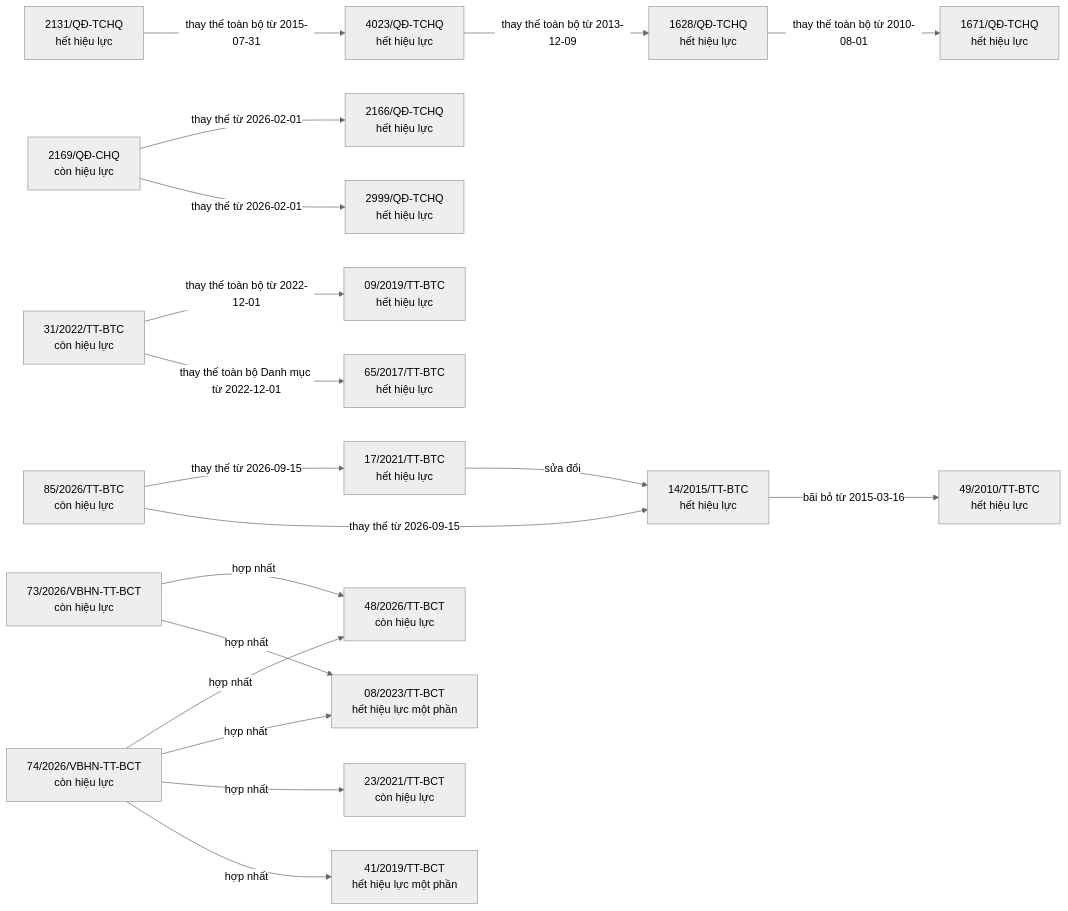
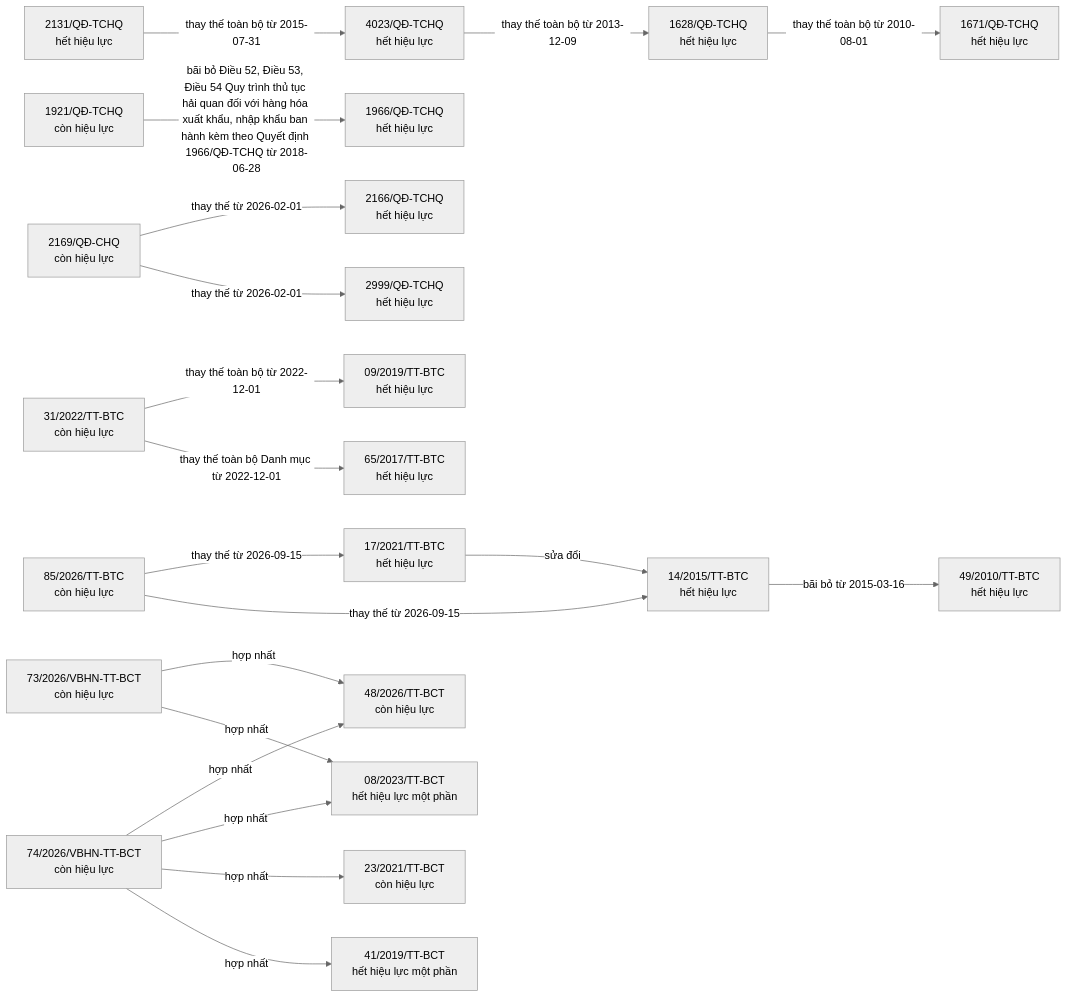
The fourth of 9 diagrams in bao-cao/quan-he.md (ozvietnam/oz-wiki-plhq), drawn with Mermaid (neutral theme) before and after one commit. The commit also changed other lines of this file and 5 other files, not shown here.

````diff
--- a/bao-cao/quan-he.md
+++ b/bao-cao/quan-he.md
@@ -431,40 +428,43 @@
 ```mermaid
 flowchart LR
   n_14_2015_TT_BTC["14/2015/TT-BTC<br/>hết hiệu lực"]
   n_49_2010_TT_BTC["49/2010/TT-BTC<br/>hết hiệu lực"]
   n_1628_Q__TCHQ["1628/QĐ-TCHQ<br/>hết hiệu lực"]
   n_1671_Q__TCHQ["1671/QĐ-TCHQ<br/>hết hiệu lực"]
   n_17_2021_TT_BTC["17/2021/TT-BTC<br/>hết hiệu lực"]
+  n_1921_Q__TCHQ["1921/QĐ-TCHQ<br/>còn hiệu lực"]
+  n_1966_Q__TCHQ["1966/QĐ-TCHQ<br/>hết hiệu lực"]
   n_2131_Q__TCHQ["2131/QĐ-TCHQ<br/>hết hiệu lực"]
   n_4023_Q__TCHQ["4023/QĐ-TCHQ<br/>hết hiệu lực"]
   n_2169_Q__CHQ["2169/QĐ-CHQ<br/>còn hiệu lực"]
   n_2999_Q__TCHQ["2999/QĐ-TCHQ<br/>hết hiệu lực"]
   n_2166_Q__TCHQ["2166/QĐ-TCHQ<br/>hết hiệu lực"]
   n_31_2022_TT_BTC["31/2022/TT-BTC<br/>còn hiệu lực"]
   n_65_2017_TT_BTC["65/2017/TT-BTC<br/>hết hiệu lực"]
   n_09_2019_TT_BTC["09/2019/TT-BTC<br/>hết hiệu lực"]
   n_73_2026_VBHN_TT_BCT["73/2026/VBHN-TT-BCT<br/>còn hiệu lực"]
   n_08_2023_TT_BCT["08/2023/TT-BCT<br/>hết hiệu lực một phần"]
   n_48_2026_TT_BCT["48/2026/TT-BCT<br/>còn hiệu lực"]
   n_74_2026_VBHN_TT_BCT["74/2026/VBHN-TT-BCT<br/>còn hiệu lực"]
   n_41_2019_TT_BCT["41/2019/TT-BCT<br/>hết hiệu lực một phần"]
   n_23_2021_TT_BCT["23/2021/TT-BCT<br/>còn hiệu lực"]
   n_85_2026_TT_BTC["85/2026/TT-BTC<br/>còn hiệu lực"]
   n_14_2015_TT_BTC -->|bãi bỏ từ 2015-03-16| n_49_2010_TT_BTC
   n_1628_Q__TCHQ -->|thay thế toàn bộ từ 2010-08-01| n_1671_Q__TCHQ
   n_17_2021_TT_BTC -->|sửa đổi| n_14_2015_TT_BTC
+  n_1921_Q__TCHQ -->|bãi bỏ Điều 52, Điều 53, Điều 54 Quy trình thủ tục hải quan đối với hàng hóa xuất khẩu, nhập khẩu ban hành kèm theo Quyết định 1966/QĐ-TCHQ từ 2018-06-28| n_1966_Q__TCHQ
   n_2131_Q__TCHQ -->|thay thế toàn bộ từ 2015-07-31| n_4023_Q__TCHQ
   n_2169_Q__CHQ -->|thay thế từ 2026-02-01| n_2999_Q__TCHQ
   n_2169_Q__CHQ -->|thay thế từ 2026-02-01| n_2166_Q__TCHQ
   n_31_2022_TT_BTC -->|thay thế toàn bộ Danh mục từ 2022-12-01| n_65_2017_TT_BTC
   n_31_2022_TT_BTC -->|thay thế toàn bộ từ 2022-12-01| n_09_2019_TT_BTC
   n_4023_Q__TCHQ -->|thay thế toàn bộ từ 2013-12-09| n_1628_Q__TCHQ
   n_73_2026_VBHN_TT_BCT -->|hợp nhất| n_08_2023_TT_BCT
   n_73_2026_VBHN_TT_BCT -->|hợp nhất| n_48_2026_TT_BCT
   n_74_2026_VBHN_TT_BCT -->|hợp nhất| n_41_2019_TT_BCT
   n_74_2026_VBHN_TT_BCT -->|hợp nhất| n_23_2021_TT_BCT
   n_74_2026_VBHN_TT_BCT -->|hợp nhất| n_08_2023_TT_BCT
   n_74_2026_VBHN_TT_BCT -->|hợp nhất| n_48_2026_TT_BCT
   n_85_2026_TT_BTC -->|thay thế từ 2026-09-15| n_14_2015_TT_BTC
   n_85_2026_TT_BTC -->|thay thế từ 2026-09-15| n_17_2021_TT_BTC
 ```
````
